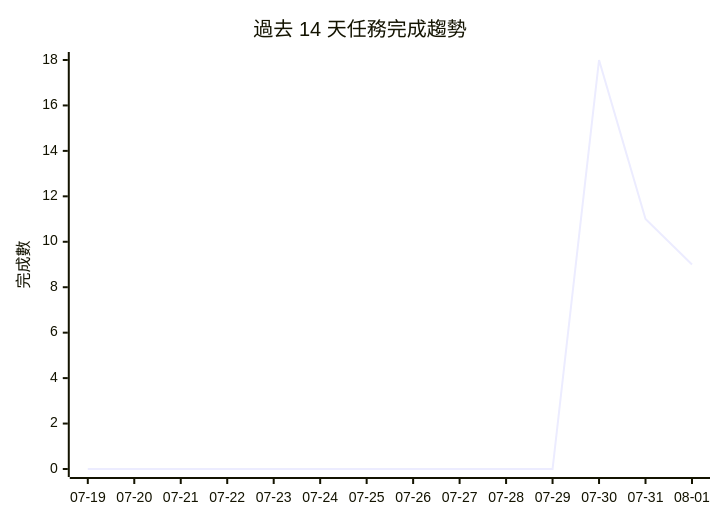
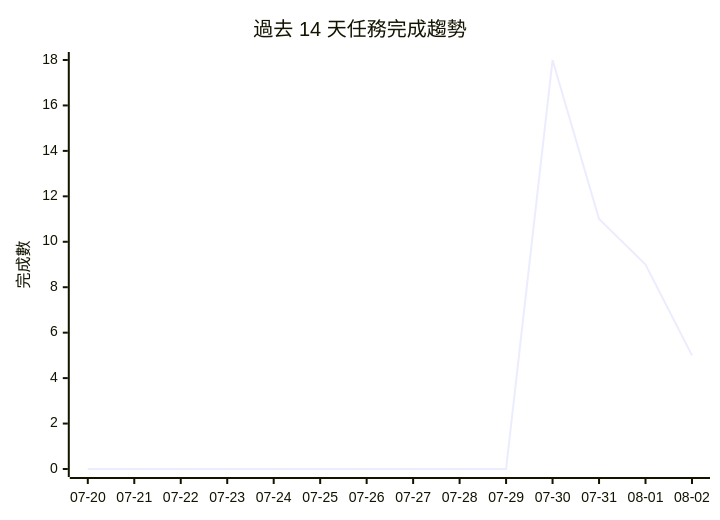
One commit to gentoobreaking/ai-tasks changed the diagram in PROJECTS.md. Above: the diagram before and after it, drawn with Mermaid. The commit also changed other lines of this file and 92 other files, not shown here.

````diff
--- a/PROJECTS.md
+++ b/PROJECTS.md
@@ -178,7 +187,7 @@
 ```mermaid
 xychart-beta
     title "過去 14 天任務完成趨勢"
-    x-axis ["07-19", "07-20", "07-21", "07-22", "07-23", "07-24", "07-25", "07-26", "07-27", "07-28", "07-29", "07-30", "07-31", "08-01"]
+    x-axis ["07-20", "07-21", "07-22", "07-23", "07-24", "07-25", "07-26", "07-27", "07-28", "07-29", "07-30", "07-31", "08-01", "08-02"]
     y-axis "完成數" 0 --> 18
-    line [0, 0, 0, 0, 0, 0, 0, 0, 0, 0, 0, 18, 11, 9]
+    line [0, 0, 0, 0, 0, 0, 0, 0, 0, 0, 18, 11, 9, 5]
 ```
````
